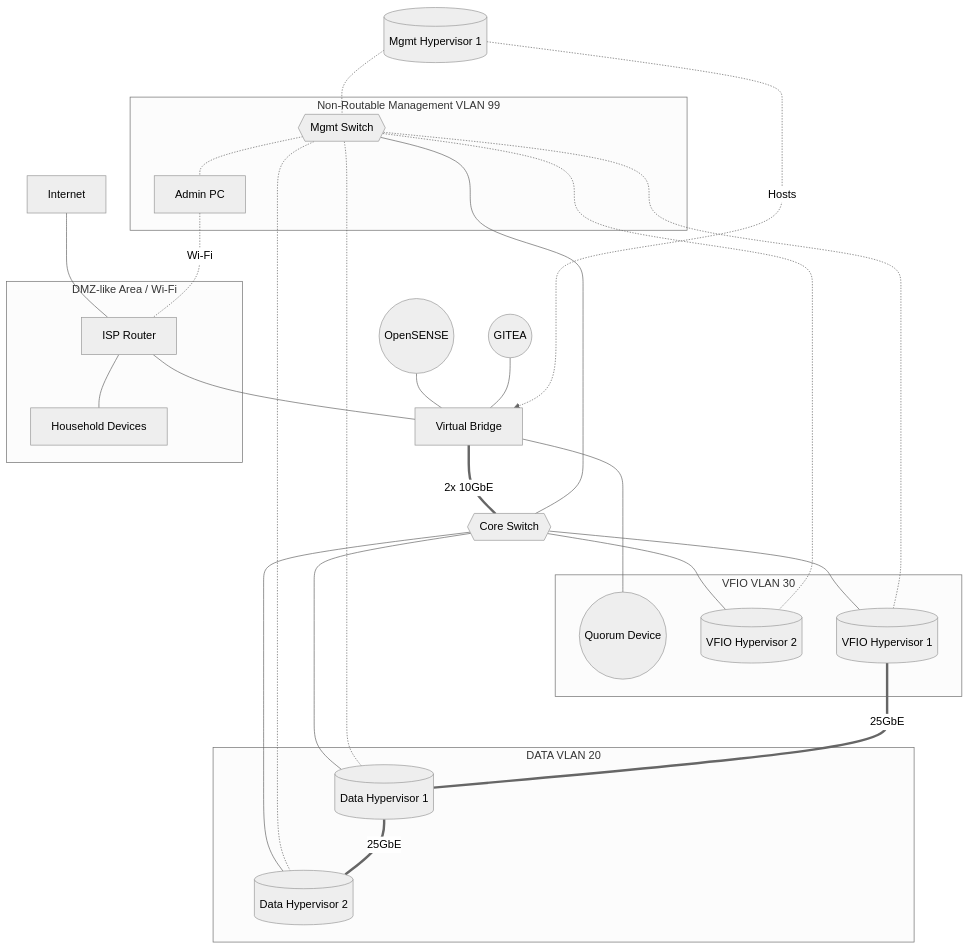
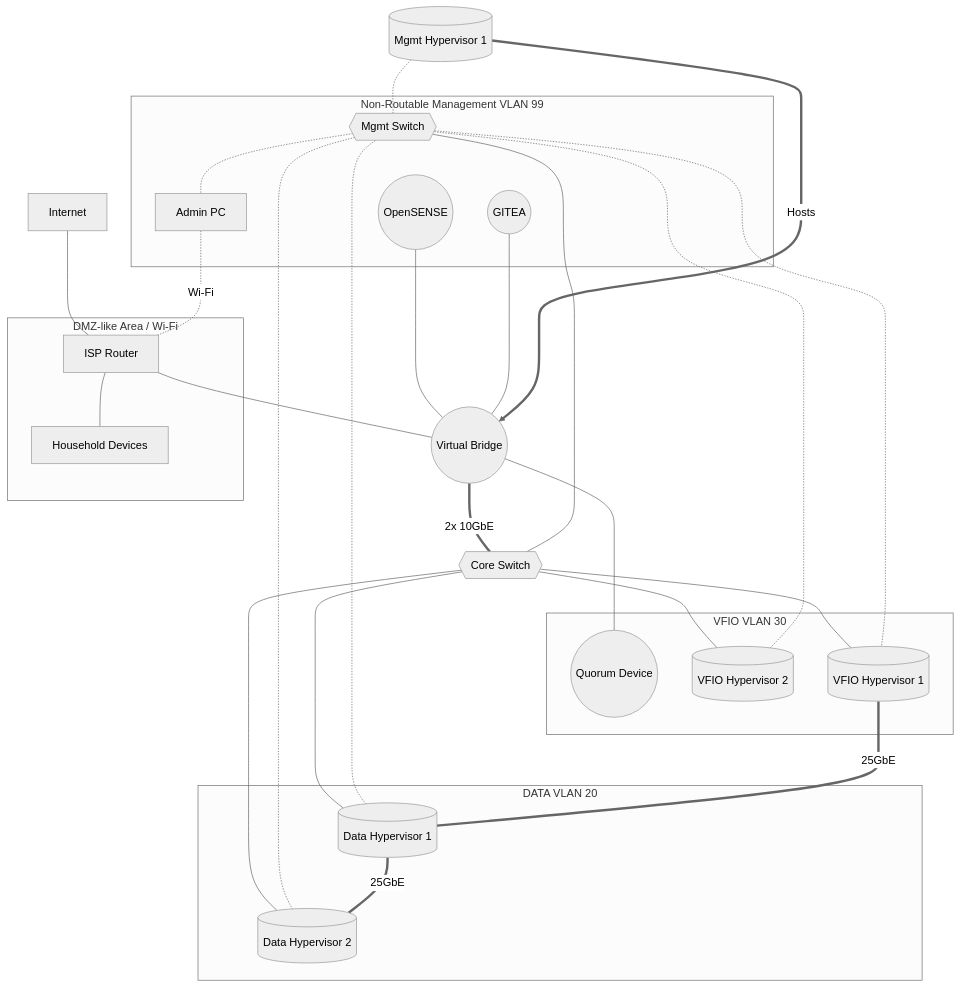
The diagram in arc/net1.md (woeiru/lab), drawn with Mermaid (neutral theme) before and after one commit. The commit also changed other lines of this file, not shown here.

Commit message:
standard

````diff
--- a/arc/net1.md
+++ b/arc/net1.md
@@ -3,42 +3,44 @@
 ```mermaid
 graph TD
     INT[Internet] --- ISPR[ISP Router]
-    ISPR --- VB[Virtual Bridge]
-    OPNS((OpenSENSE)) --- VB
+    ISPR --- VB((Virtual Bridge))
+    OPN((OpenSENSE)) --- VB
     GIT((GITEA)) --- VB
     VB --- QD((Quorum Device))
     VB ===|2x 10GbE| CS{{Core Switch}}
     MH1[(Mgmt Hypervisor 1)] -.-  MS{{Mgmt Switch}}
     MS --- CS
     MS -.- APC[Admin PC]
     APC -.-|Wi-Fi| ISPR
-    MH1 -.->|Hosts| VB
+    MH1 ==>|Hosts| VB
     CS --- VH2[(VFIO Hypervisor 2)]
     MS -.- VH2
     ISPR --- HD[Household Devices]
     CS --- VH1[(VFIO Hypervisor 1)]
     MS -.- VH1
     CS --- DH1[(Data Hypervisor 1)]
     MS -.- DH1
     CS --- DH2[(Data Hypervisor 2)]
     MS -.- DH2
     VH1 ===|25GbE| DH1
     DH1 ===|25GbE| DH2
     subgraph VLAN20 [DATA VLAN 20]
         DH1
         DH2
     end
     subgraph VLAN30 [VFIO VLAN 30]
         VH1
         VH2
         QD
     end
     subgraph VLAN99 [Non-Routable Management VLAN 99]
         MS
         APC
+        OPN
+        GIT
     end
     subgraph DMZ [DMZ-like Area / Wi-Fi]
         ISPR
         HD
     end
 ```
````
